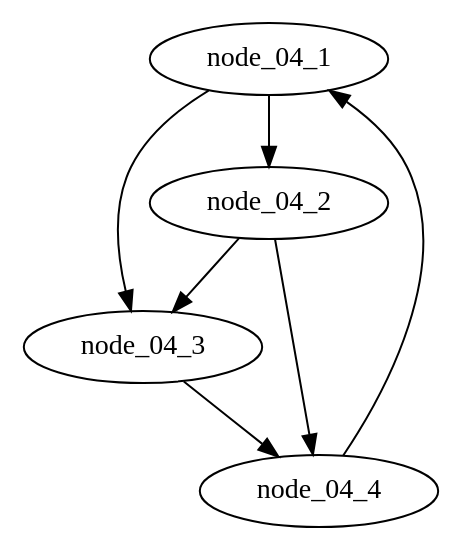
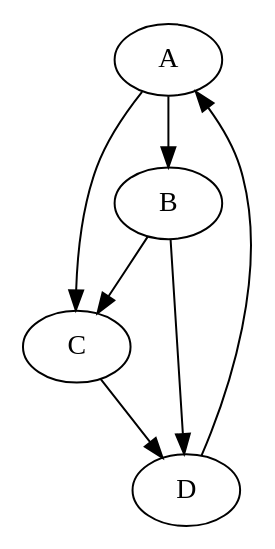
One commit to graphviz-perl/GraphViz2-Marpa-PathUtils changed the diagram in data/04.clusters.in.gv. Above: the diagram before and after it, drawn with Graphviz. The commit also changed 36 other files, not shown here.

```diff
--- a/data/04.clusters.in.gv
+++ b/data/04.clusters.in.gv
@@ -1,6 +1,6 @@
 digraph graph_04
 {
-	node_04_1 -> node_04_2 -> node_04_3 -> node_04_4 -> node_04_1
-	node_04_1 -> node_04_3
-	node_04_2 -> node_04_4
+	A -> B -> C -> D -> A
+	A -> C
+	B -> D
 }
```
